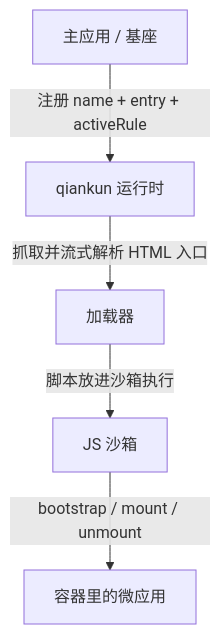
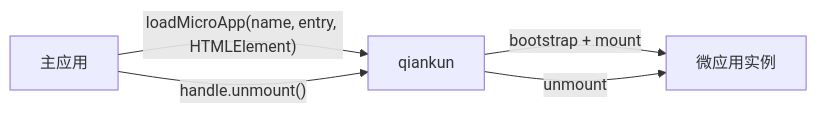
Before and after one commit to umijs/qiankun: the diagram in docs/zh-CN/guide/what-is-qiankun.md, drawn with Mermaid. The commit also changed other lines of this file and 89 other files, not shown here.

Commit message:
docs: make loadMicroApp the primary path

````diff
--- a/docs/zh-CN/guide/what-is-qiankun.md
+++ b/docs/zh-CN/guide/what-is-qiankun.md
@@ -44,7 +40,7 @@
 ```mermaid
-flowchart TD
-  A["主应用 / 基座"] -->|"注册 name + entry + activeRule"| Q["qiankun 运行时"]
-  Q -->|"抓取并流式解析 HTML 入口"| L["加载器"]
-  L -->|"脚本放进沙箱执行"| S["JS 沙箱"]
-  S -->|"bootstrap / mount / unmount"| M["容器里的微应用"]
+flowchart LR
+  A["主应用"] -->|"loadMicroApp(name, entry, HTMLElement)"| Q["qiankun"]
+  Q -->|"bootstrap + mount"| M["微应用实例"]
+  A -->|"handle.unmount()"| Q
+  Q -->|"unmount"| M
 ```
````
